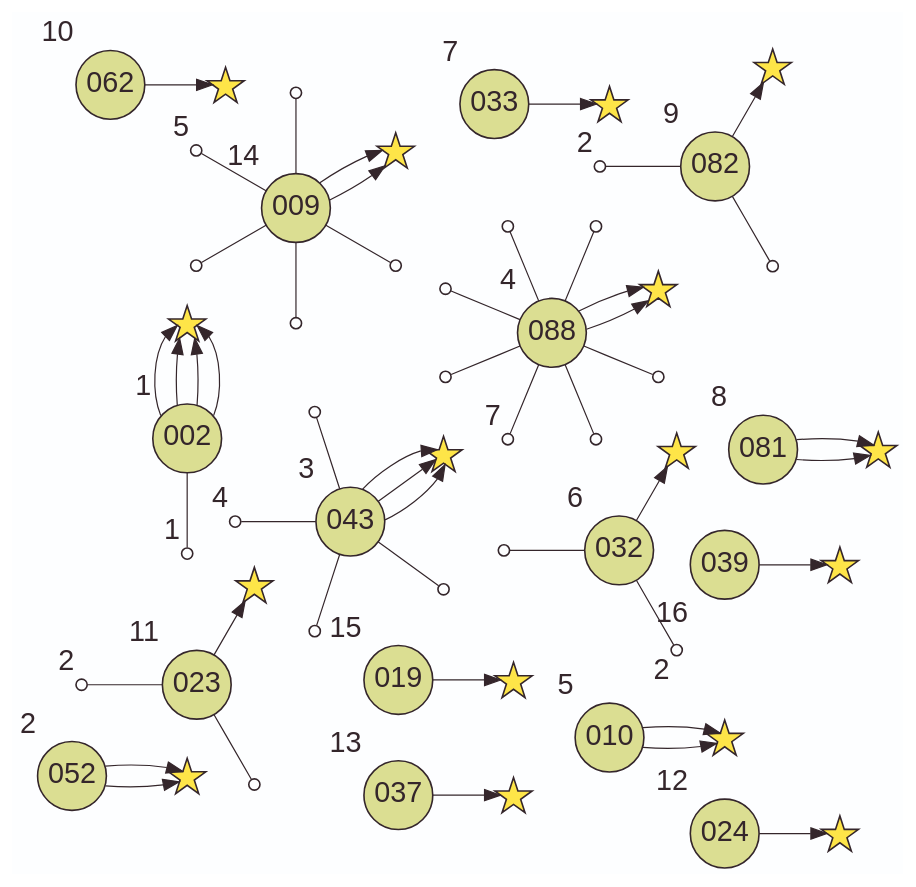
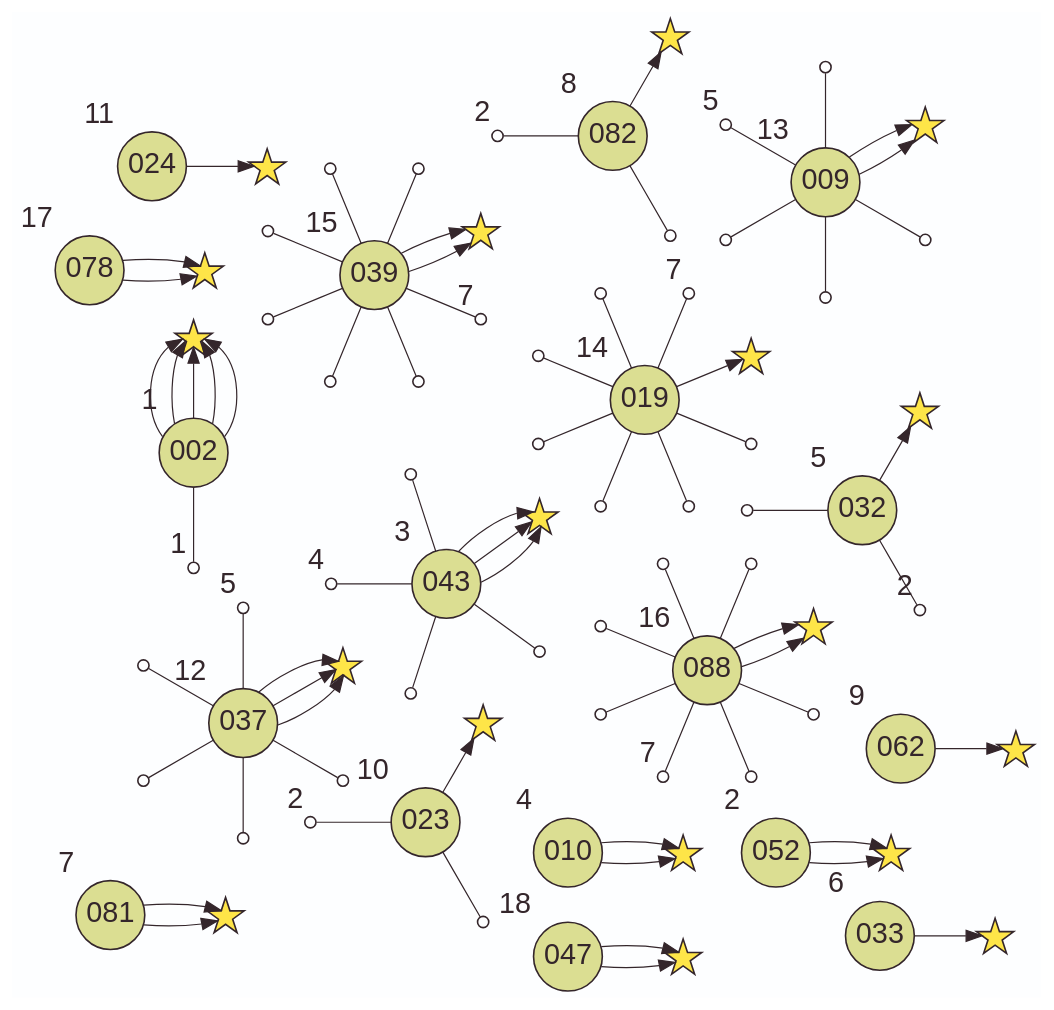
One commit to laowantong/sqlab_ints changed the diagram in output/activity_map.gv. Above: the diagram before and after it, drawn with Graphviz. The commit also changed 15 other files, not shown here.

```diff
--- a/output/activity_map.gv
+++ b/output/activity_map.gv
@@ -1,141 +1,197 @@
 digraph G {
     layout=twopi
     bgcolor="#FDFEFF"
     edge [color="#34262B" penwidth=0.75]
     node [
         shape=star
         fixedsize=true
         width=0.3
         height=0.3
         fillcolor="#FEE548"
         color="#34262B"
         fontcolor="#34262B"
         fontsize=18
         penwidth=1
         style=filled
         label=""
     ]
     103209978926087
     103209978926087
     103209978926087
     1230160502988882
     125856070581408
     125856070581408
     125856070581408
     125856070581408
-    142617064293148
+    125856070581408
+    149114173335496
     155147806452639
     155147806452639
     156364735562291
-    183542481619562
-    227239899382463
     240070160009025
     240070160009025
+    243582352371835
+    243582352371835
     248960157567190
     253352561534995
     253352561534995
     253600606633879
     253600606633879
     298774613720463
+    33460752933766
+    33460752933766
     360051049043076
     360051049043076
+    393035298143192
+    393035298143192
+    436819829846544
+    436819829846544
+    436819829846544
     5591408610389
     92857264956831
     node [width=1.2 height=1.2 fontname=Helvetica label="\N"]
     
     node [ width=0.6 height=0.6 shape=circle fillcolor="#FFC19C"]
     
     node [fillcolor="#DBDE92"]
     002 [xlabel=1]
-    009 [xlabel=14]
-    010 [xlabel=5]
-    019 [xlabel=15]
-    023 [xlabel=11]
-    024 [xlabel=12]
-    032 [xlabel=6]
-    033 [xlabel=7]
-    037 [xlabel=13]
-    039 [xlabel=16]
+    009 [xlabel=13]
+    010 [xlabel=4]
+    019 [xlabel=14]
+    023 [xlabel=10]
+    024 [xlabel=11]
+    032 [xlabel=5]
+    033 [xlabel=6]
+    037 [xlabel=12]
+    039 [xlabel=15]
     043 [xlabel=3]
+    047 [xlabel=18]
     052 [xlabel=2]
-    062 [xlabel=10]
-    081 [xlabel=8]
-    082 [xlabel=9]
-    088 [xlabel=4]
+    062 [xlabel=9]
+    078 [xlabel=17]
+    081 [xlabel=7]
+    082 [xlabel=8]
+    088 [xlabel=16]
     
+    002 -> 125856070581408
     002 -> 125856070581408
     002 -> 125856070581408
     002 -> 125856070581408
     002 -> 125856070581408
     009 -> 253600606633879
     009 -> 253600606633879
     010 -> 155147806452639
     010 -> 155147806452639
-    019 -> 142617064293148
+    019 -> 149114173335496
     023 -> 5591408610389
     024 -> 248960157567190
     032 -> 1230160502988882
     033 -> 298774613720463
-    037 -> 183542481619562
-    039 -> 227239899382463
+    037 -> 436819829846544
+    037 -> 436819829846544
+    037 -> 436819829846544
+    039 -> 243582352371835
+    039 -> 243582352371835
     043 -> 103209978926087
     043 -> 103209978926087
     043 -> 103209978926087
+    047 -> 393035298143192
+    047 -> 393035298143192
     052 -> 240070160009025
     052 -> 240070160009025
     062 -> 92857264956831
+    078 -> 33460752933766
+    078 -> 33460752933766
     081 -> 253352561534995
     081 -> 253352561534995
     082 -> 156364735562291
     088 -> 360051049043076
     088 -> 360051049043076
     
     node [width=0.1 height=0.1 label="" fillcolor=none]
     103209978926115
+    1076677401390944
     1230160502988894
     1230160502992190 [xlabel=2]
     14110344140782 [xlabel=2]
+    148515034955604 [xlabel=7]
+    148611824478556
+    148669601188638
+    148879872816411
+    149003955203329
+    149210280710509
+    149468789687598
     156189361184507 [xlabel=2]
     156596690231090
+    165717715346964
+    189105737194104
+    198102760205823
+    226313462278852
+    237984121642486
     253109520226675
     253352804744747 [xlabel=5]
     253843891117135
     253974688626775
     254220120595727
     359590657654446
     359642314904307
     359749191076977
     359813838431707
     359943398969027 [xlabel=7]
     360186567754554
     360247014033845
+    374196928538196 [xlabel=5]
+    378179076514973
+    437237875864615
+    446356723589658
     455354753305299 [xlabel=1]
+    583015109991402 [xlabel=7]
     62621691563930
     76118056186574 [xlabel=4]
     81063761713588
+    836962415998811
     96800835160244
     edge [arrowhead=none]
     002 -> 455354753305299
     009 -> 253109520226675
     009 -> 253352804744747
     009 -> 253843891117135
     009 -> 253974688626775
     009 -> 254220120595727
+    019 -> 148515034955604
+    019 -> 148611824478556
+    019 -> 148669601188638
+    019 -> 148879872816411
+    019 -> 149003955203329
+    019 -> 149210280710509
+    019 -> 149468789687598
     023 -> 14110344140782
     023 -> 62621691563930
     032 -> 1230160502988894
     032 -> 1230160502992190
+    037 -> 374196928538196
+    037 -> 378179076514973
+    037 -> 437237875864615
+    037 -> 446356723589658
+    037 -> 836962415998811
+    039 -> 1076677401390944
+    039 -> 165717715346964
+    039 -> 189105737194104
+    039 -> 198102760205823
+    039 -> 226313462278852
+    039 -> 237984121642486
+    039 -> 583015109991402
     043 -> 103209978926115
     043 -> 76118056186574
     043 -> 81063761713588
     043 -> 96800835160244
     082 -> 156189361184507
     082 -> 156596690231090
     088 -> 359590657654446
     088 -> 359642314904307
     088 -> 359749191076977
     088 -> 359813838431707
     088 -> 359943398969027
     088 -> 360186567754554
     088 -> 360247014033845
 }
```
